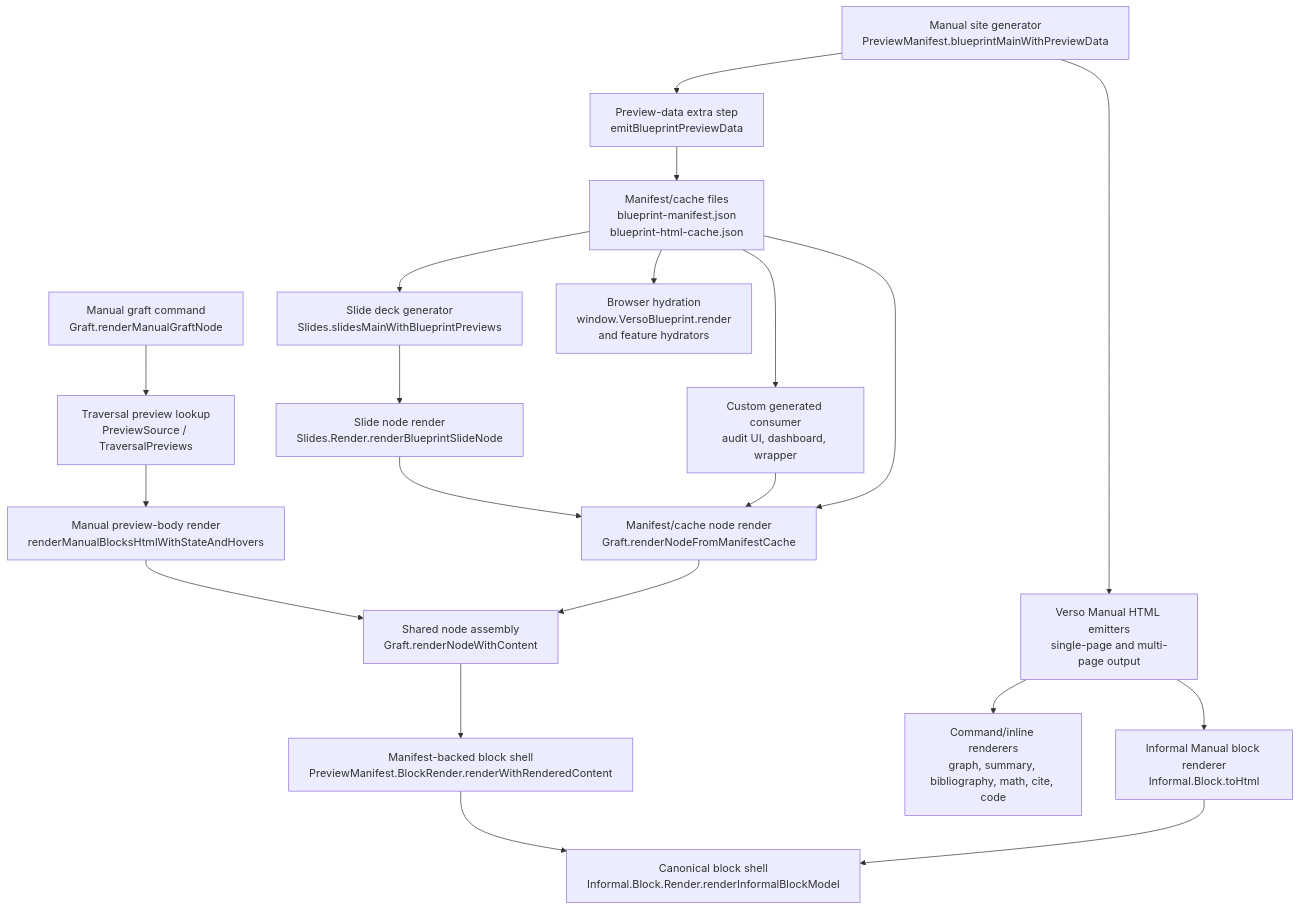
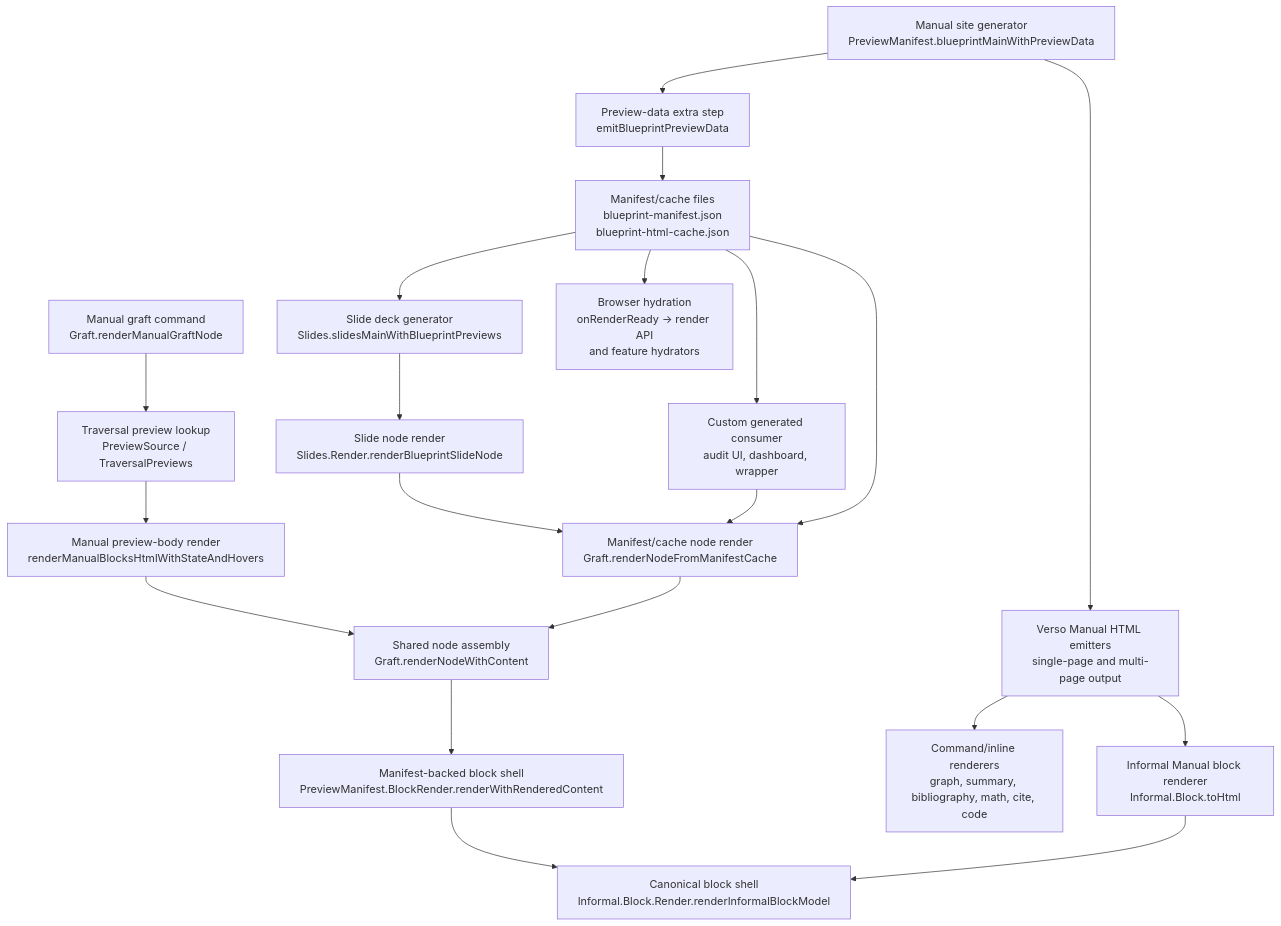
One commit to eric-vergo/Showcase changed the second of 2 diagrams in doc/DESIGN_RATIONALE.md. Above: the diagram before and after it, drawn with Mermaid. The commit also changed other lines of this file and 11 other files, not shown here.

Commit message:
refactor: clarify preview render API tiers

````diff
--- a/doc/DESIGN_RATIONALE.md
+++ b/doc/DESIGN_RATIONALE.md
@@ -232,44 +232,44 @@
 ```mermaid
 flowchart TD
   manualMain["Manual site generator<br/>PreviewManifest.blueprintMainWithPreviewData"]
   versoEmit["Verso Manual HTML emitters<br/>single-page and multi-page output"]
   informalManual["Informal Manual block renderer<br/>Informal.Block.toHtml"]
   commandRenderers["Command/inline renderers<br/>graph, summary, bibliography, math, cite, code"]
   previewExtra["Preview-data extra step<br/>emitBlueprintPreviewData"]
   previewFiles["Manifest/cache files<br/>blueprint-manifest.json<br/>blueprint-html-cache.json"]
 
   manualGraft["Manual graft command<br/>Graft.renderManualGraftNode"]
   traversalPreview["Traversal preview lookup<br/>PreviewSource / TraversalPreviews"]
   manualPreviewHtml["Manual preview-body render<br/>renderManualBlocksHtmlWithStateAndHovers"]
 
   slideMain["Slide deck generator<br/>Slides.slidesMainWithBlueprintPreviews"]
   slideRender["Slide node render<br/>Slides.Render.renderBlueprintSlideNode"]
   customRender["Custom generated consumer<br/>audit UI, dashboard, wrapper"]
   graftCache["Manifest/cache node render<br/>Graft.renderNodeFromManifestCache"]
   graftContent["Shared node assembly<br/>Graft.renderNodeWithContent"]
   manifestBlock["Manifest-backed block shell<br/>PreviewManifest.BlockRender.renderWithRenderedContent"]
   blockShell["Canonical block shell<br/>Informal.Block.Render.renderInformalBlockModel"]
-  browserRuntime["Browser hydration<br/>window.VersoBlueprint.render<br/>and feature hydrators"]
+  browserRuntime["Browser hydration<br/>onRenderReady -> render API<br/>and feature hydrators"]
 
   manualMain --> versoEmit
   versoEmit --> informalManual
   versoEmit --> commandRenderers
   manualMain --> previewExtra
   previewExtra --> previewFiles
 
   manualGraft --> traversalPreview
   traversalPreview --> manualPreviewHtml
   manualPreviewHtml --> graftContent
 
   previewFiles --> slideMain
   slideMain --> slideRender
   slideRender --> graftCache
   previewFiles --> customRender
   customRender --> graftCache
   previewFiles --> graftCache
   graftCache --> graftContent
   graftContent --> manifestBlock
   manifestBlock --> blockShell
   informalManual --> blockShell
   previewFiles --> browserRuntime
 ```
````
